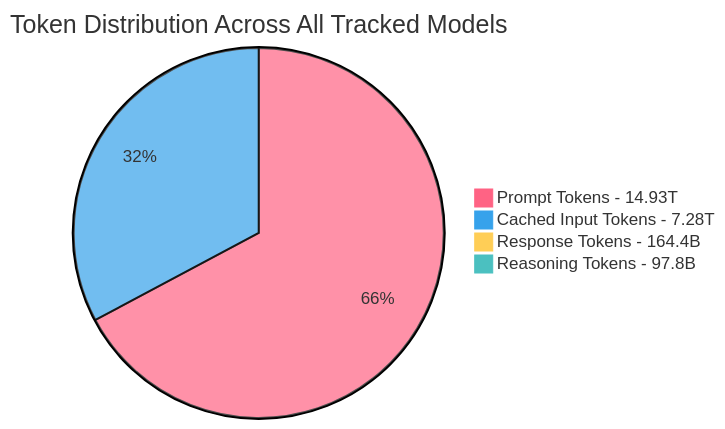
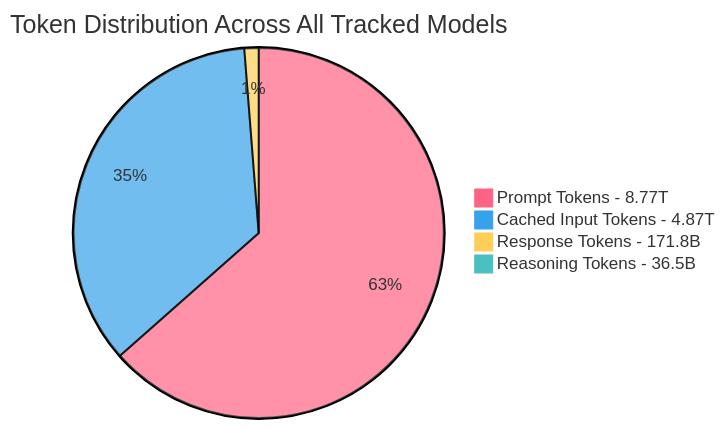
The fourth of 4 diagrams in README.md (johnbean393/openrouter-inference-stats), drawn with Mermaid before and after one commit. The commit also changed other lines of this file and 1 other file, not shown here.

````diff
--- a/README.md
+++ b/README.md
@@ -53,9 +57,9 @@
 ```mermaid
 %%{init: {'theme': 'base', 'themeVariables': {'pie1': '#FF6384', 'pie2': '#36A2EB', 'pie3': '#FFCE56', 'pie4': '#4BC0C0', 'pie5': '#9966FF', 'pie6': '#FF9F40', 'pie7': '#2ECC71', 'pie8': '#FF66B2', 'pie9': '#00CCFF', 'pie10': '#E74C3C', 'pie11': '#F39C12', 'pie12': '#1ABC9C'}}}%%
 pie
     title Token Distribution Across All Tracked Models
-    "Prompt Tokens - 14.93T" : 14934475135374
-    "Cached Input Tokens - 7.28T" : 7284949890857
-    "Response Tokens - 164.4B" : 164418254868
-    "Reasoning Tokens - 97.8B" : 97836907582
+    "Prompt Tokens - 8.77T" : 8766336596972
+    "Cached Input Tokens - 4.87T" : 4873405227701
+    "Response Tokens - 171.8B" : 171780022501
+    "Reasoning Tokens - 36.5B" : 36499837270
 ```
````
